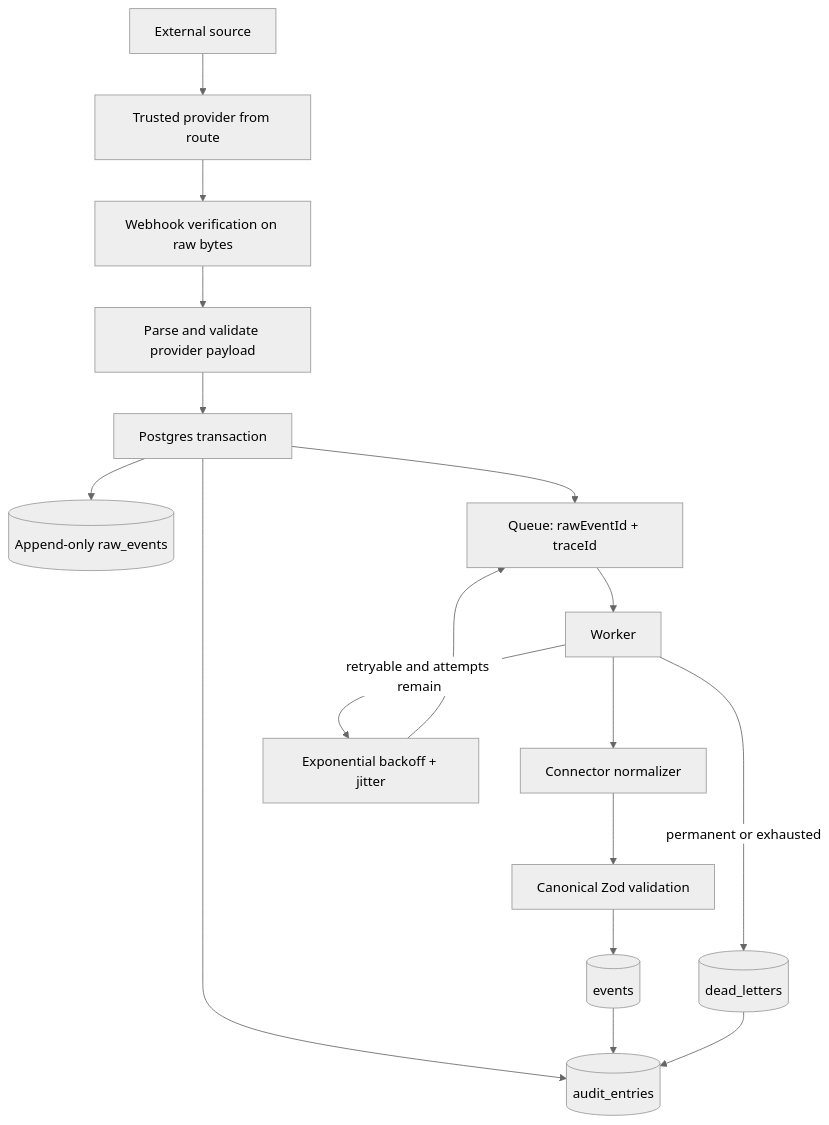
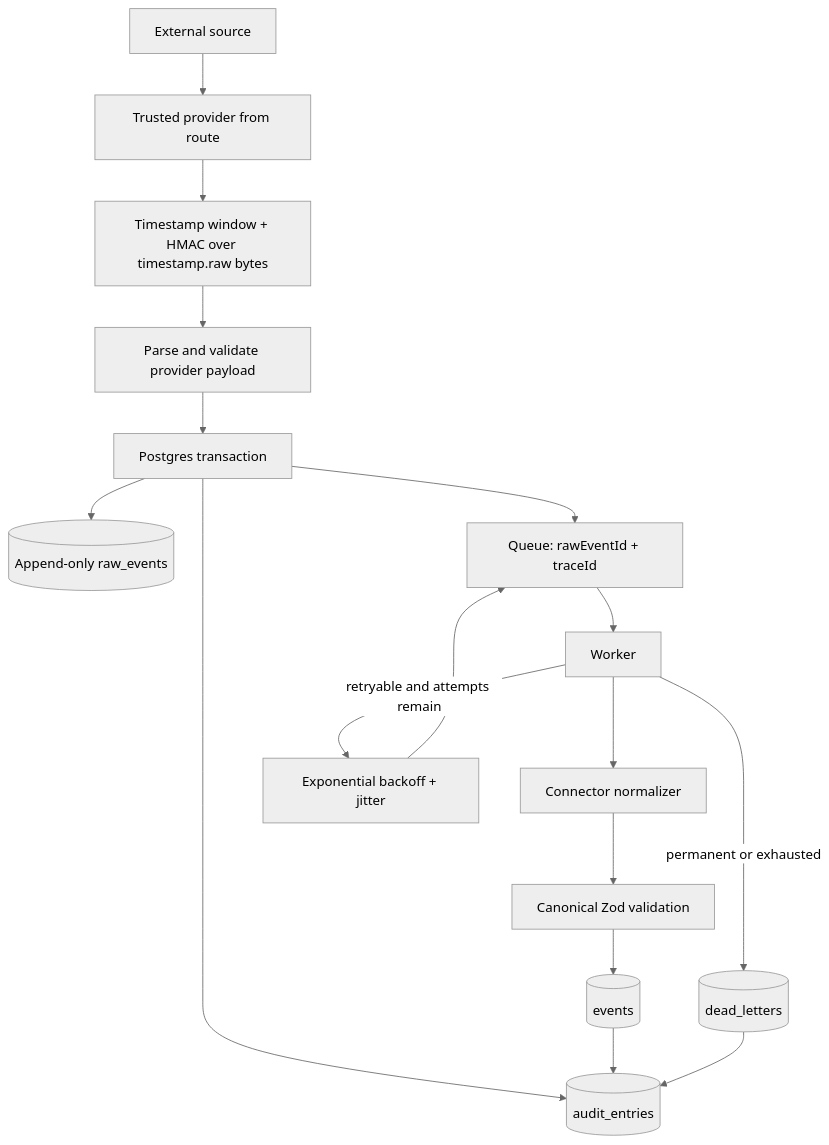
One commit to Mlekolaz/zentra-hq changed the diagram in docs/architecture/EVENT_FLOW.md. Above: the diagram before and after it, drawn with Mermaid (neutral theme). The commit also changed other lines of this file and 25 other files, not shown here.

````diff
--- a/docs/architecture/EVENT_FLOW.md
+++ b/docs/architecture/EVENT_FLOW.md
@@ -3,19 +3,19 @@
 ```mermaid
 flowchart TD
   S[External source] --> T[Trusted provider from route]
-  T --> V[Webhook verification on raw bytes]
+  T --> V[Timestamp window + HMAC over timestamp.raw bytes]
   V --> I[Parse and validate provider payload]
   I --> X[Postgres transaction]
   X --> R[(Append-only raw_events)]
   X --> Q[Queue: rawEventId + traceId]
   X --> A[(audit_entries)]
   Q --> W[Worker]
   W --> C[Connector normalizer]
   C --> Z[Canonical Zod validation]
   Z --> E[(events)]
   E --> A
   W -->|retryable and attempts remain| B[Exponential backoff + jitter]
   B --> Q
   W -->|permanent or exhausted| D[(dead_letters)]
   D --> A
 ```
````
